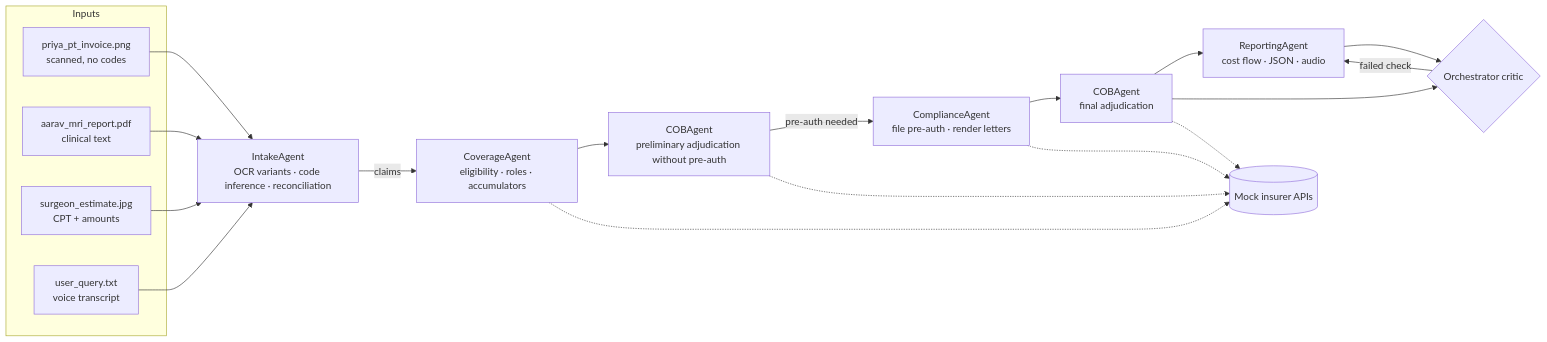
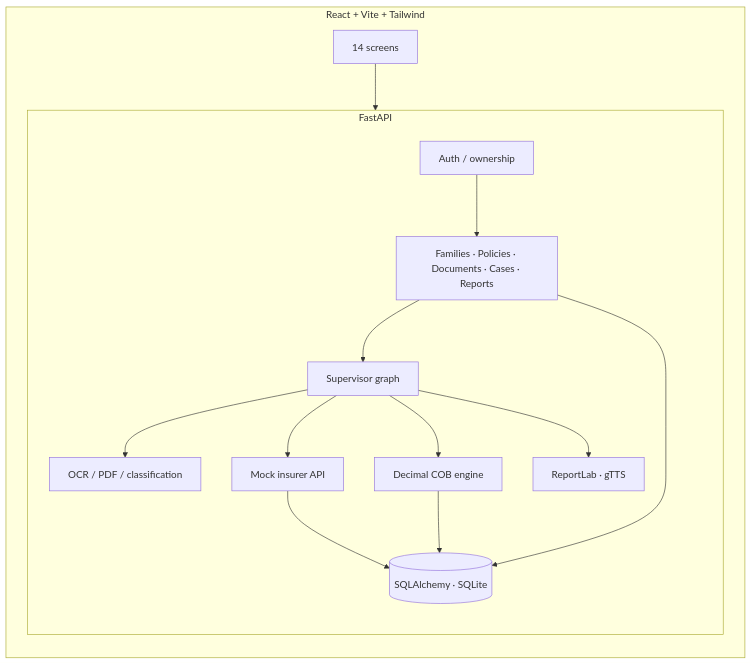
The diagram in README.md (ahujamonica/duco-agent), drawn with Mermaid before and after one commit. The commit also changed other lines of this file and 7 other files, not shown here.

Commit message:
docs: record platform architecture, coordination rules, security and QA

````diff
--- a/README.md
+++ b/README.md
@@ -43,27 +153,17 @@
 ```mermaid
 flowchart LR
-    subgraph Inputs
-        A[priya_pt_invoice.png<br/>scanned, no codes]
-        B[aarav_mri_report.pdf<br/>clinical text]
-        C[surgeon_estimate.jpg<br/>CPT + amounts]
-        D[user_query.txt<br/>voice transcript]
+    subgraph Client[React + Vite + Tailwind]
+      UI[14 screens] --> API
     end
-
-    A --> IA[IntakeAgent<br/>OCR variants · code inference · reconciliation]
-    B --> IA
-    C --> IA
-    D --> IA
-    IA -->|claims| CA[CoverageAgent<br/>eligibility · roles · accumulators]
-    CA --> COB1[COBAgent<br/>preliminary adjudication without pre-auth]
-    COB1 -->|pre-auth needed| CPA[ComplianceAgent<br/>file pre-auth · render letters]
-    CPA --> COB2[COBAgent<br/>final adjudication]
-    COB2 --> R[ReportingAgent<br/>cost flow · JSON · audio]
-    COB2 --> CR{Orchestrator critic}
-    R --> CR
-    CR -->|failed check| R
-
-    COB1 -.-> API[(Mock insurer APIs)]
-    CA -.-> API
-    CPA -.-> API
-    COB2 -.-> API
+    subgraph API[FastAPI]
+      AUTH[Auth / ownership] --> ROUTES[Families · Policies · Documents · Cases · Reports]
+      ROUTES --> AGENTS[Supervisor graph]
+      AGENTS --> OCR[OCR / PDF / classification]
+      AGENTS --> MOCK[Mock insurer API]
+      AGENTS --> ENGINE[Decimal COB engine]
+      AGENTS --> REPORTS[ReportLab · gTTS]
+      ROUTES --> DB[(SQLAlchemy · SQLite)]
+      MOCK --> DB
+    end
+    ENGINE --> DB
 ```
````
